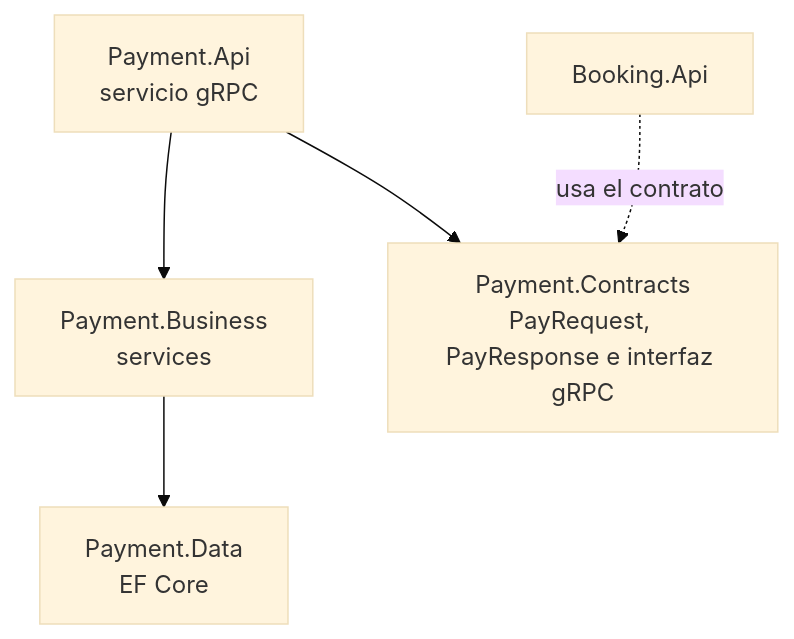
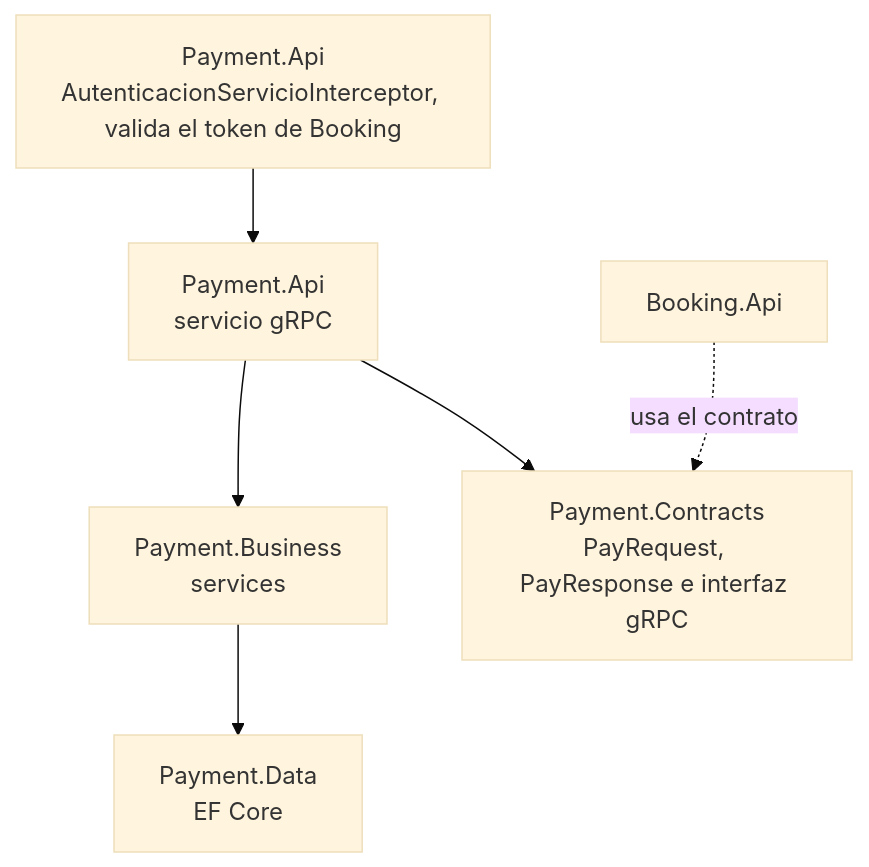
The fourth of 7 diagrams in README.md (mhuyema/tpProgra4_), drawn with Mermaid (base theme) before and after one commit. The commit also changed other lines of this file and 2 other files, not shown here.

Commit message:
README actualizado, mailpit en el compose y notifications valida contra el authorization del compose

````diff
--- a/README.md
+++ b/README.md
@@ -126,7 +131,8 @@
 ```mermaid
 flowchart TB
+    X[Payment.Api<br/>AutenticacionServicioInterceptor, valida el token de Booking] --> G
     G[Payment.Api<br/>servicio gRPC] --> S[Payment.Business<br/>services]
     G --> C[Payment.Contracts<br/>PayRequest, PayResponse e interfaz gRPC]
     BK[Booking.Api] -. usa el contrato .-> C
     S --> D[Payment.Data<br/>EF Core]
 ```
````
